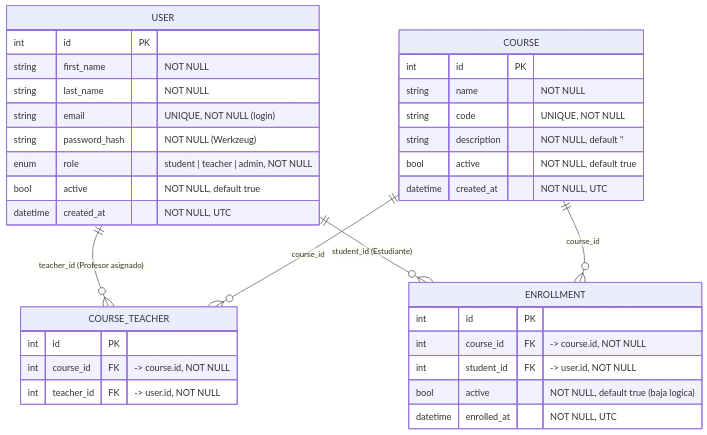
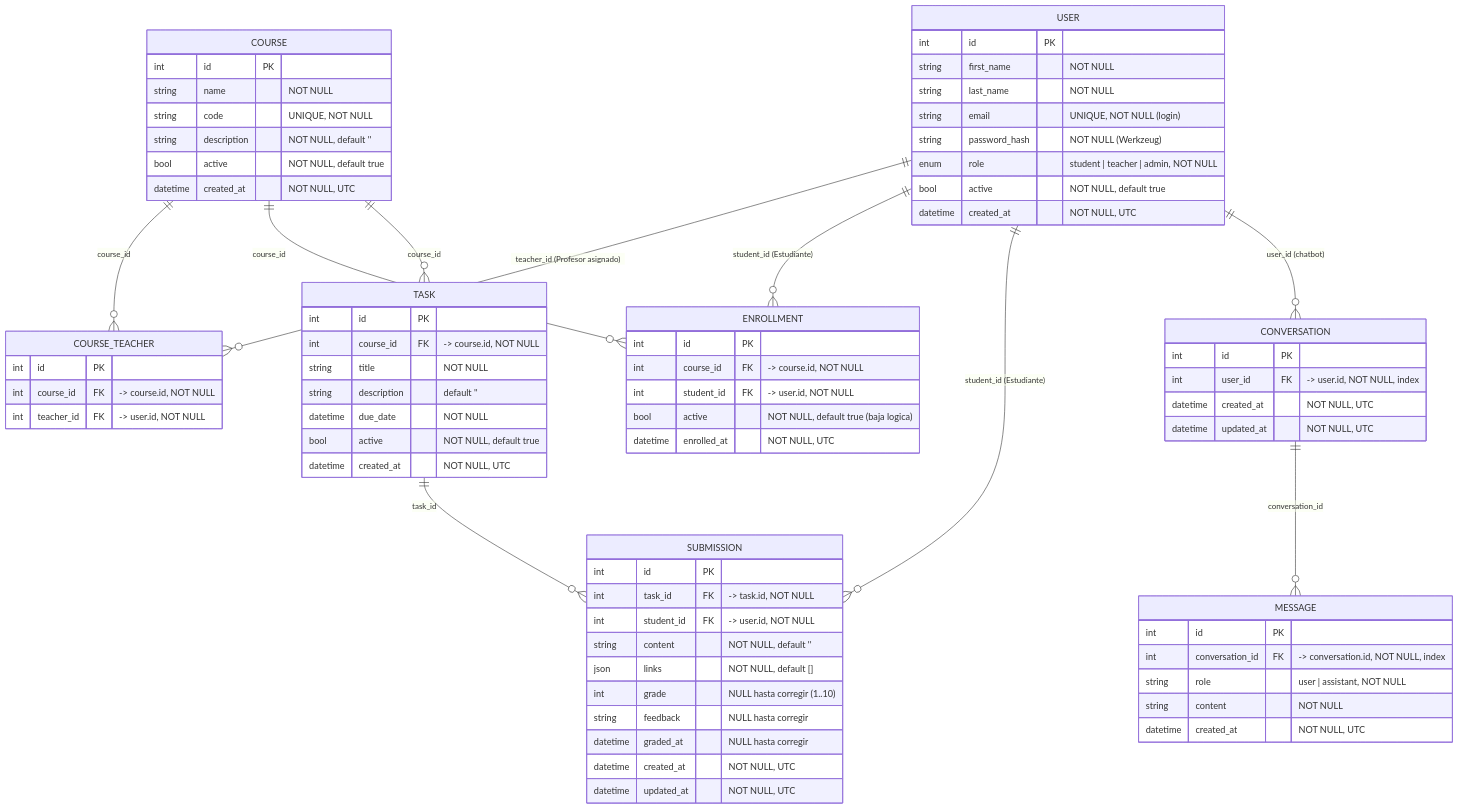
One commit to Franco2900/campus-virtual changed the diagram in docs/er-diagrama.md. Above: the diagram before and after it, drawn with Mermaid. The commit also changed other lines of this file and 6 other files, not shown here.

````diff
--- a/docs/er-diagrama.md
+++ b/docs/er-diagrama.md
@@ -7,38 +7,77 @@
 ```mermaid
 erDiagram
     USER ||--o{ COURSE_TEACHER : "teacher_id (Profesor asignado)"
     COURSE ||--o{ COURSE_TEACHER : "course_id"
     USER ||--o{ ENROLLMENT : "student_id (Estudiante)"
     COURSE ||--o{ ENROLLMENT : "course_id"
+    COURSE ||--o{ TASK : "course_id"
+    TASK ||--o{ SUBMISSION : "task_id"
+    USER ||--o{ SUBMISSION : "student_id (Estudiante)"
+    USER ||--o{ CONVERSATION : "user_id (chatbot)"
+    CONVERSATION ||--o{ MESSAGE : "conversation_id"
 
     USER {
         int id PK
         string first_name "NOT NULL"
         string last_name "NOT NULL"
         string email "UNIQUE, NOT NULL (login)"
         string password_hash "NOT NULL (Werkzeug)"
         enum role "student | teacher | admin, NOT NULL"
         bool active "NOT NULL, default true"
         datetime created_at "NOT NULL, UTC"
     }
     COURSE {
         int id PK
         string name "NOT NULL"
         string code "UNIQUE, NOT NULL"
         string description "NOT NULL, default ''"
         bool active "NOT NULL, default true"
         datetime created_at "NOT NULL, UTC"
     }
     COURSE_TEACHER {
         int id PK
         int course_id FK "-> course.id, NOT NULL"
         int teacher_id FK "-> user.id, NOT NULL"
     }
     ENROLLMENT {
         int id PK
         int course_id FK "-> course.id, NOT NULL"
         int student_id FK "-> user.id, NOT NULL"
         bool active "NOT NULL, default true (baja logica)"
         datetime enrolled_at "NOT NULL, UTC"
     }
+    TASK {
+        int id PK
+        int course_id FK "-> course.id, NOT NULL"
+        string title "NOT NULL"
+        string description "default ''"
+        datetime due_date "NOT NULL"
+        bool active "NOT NULL, default true"
+        datetime created_at "NOT NULL, UTC"
+    }
+    SUBMISSION {
+        int id PK
+        int task_id FK "-> task.id, NOT NULL"
+        int student_id FK "-> user.id, NOT NULL"
+        string content "NOT NULL, default ''"
+        json links "NOT NULL, default []"
+        int grade "NULL hasta corregir (1..10)"
+        string feedback "NULL hasta corregir"
+        datetime graded_at "NULL hasta corregir"
+        datetime created_at "NOT NULL, UTC"
+        datetime updated_at "NOT NULL, UTC"
+    }
+    CONVERSATION {
+        int id PK
+        int user_id FK "-> user.id, NOT NULL, index"
+        datetime created_at "NOT NULL, UTC"
+        datetime updated_at "NOT NULL, UTC"
+    }
+    MESSAGE {
+        int id PK
+        int conversation_id FK "-> conversation.id, NOT NULL, index"
+        string role "user | assistant, NOT NULL"
+        string content "NOT NULL"
+        datetime created_at "NOT NULL, UTC"
+    }
 ```
````
